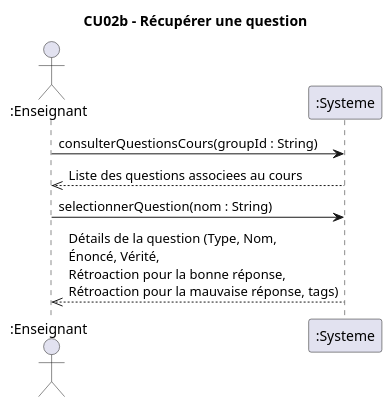
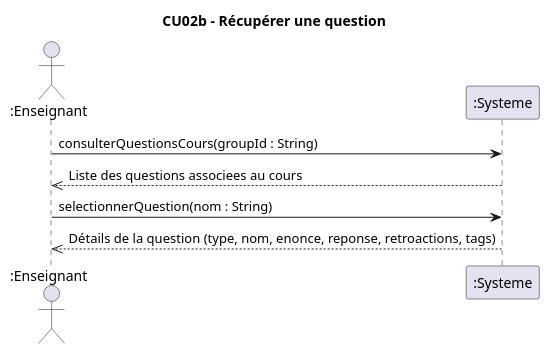
Before and after one commit to xMrYahya/moodle-clone: the diagram in docs/modeles/cu02/dss-recuperer-question.puml, drawn with PlantUML. The commit also changed 4 other files, not shown here.

```diff
--- a/docs/modeles/cu02/dss-recuperer-question.puml
+++ b/docs/modeles/cu02/dss-recuperer-question.puml
@@ -1,9 +1,11 @@
 @startuml
 title CU02b - Récupérer une question
 actor ":Enseignant" as e
 participant ":Systeme" as s
+
 e->s : consulterQuestionsCours(groupId : String)
 s-->>e : Liste des questions associees au cours
 e->s : selectionnerQuestion(nom : String)
-s-->>e : Détails de la question (Type, Nom,\nÉnoncé, Vérité, \nRétroaction pour la bonne réponse, \nRétroaction pour la mauvaise réponse, tags)
+s-->>e : Détails de la question (type, nom, enonce, reponse, retroactions, tags)
+
 @enduml
```
